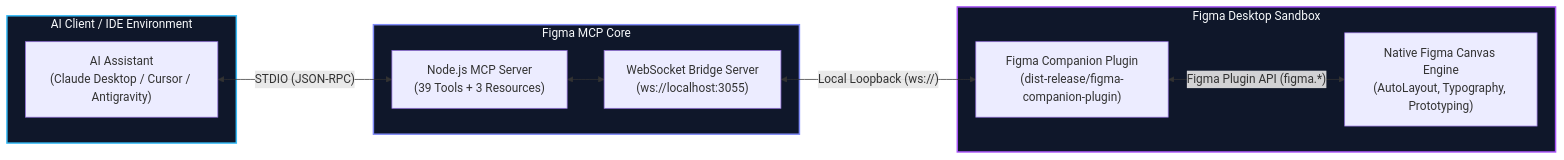
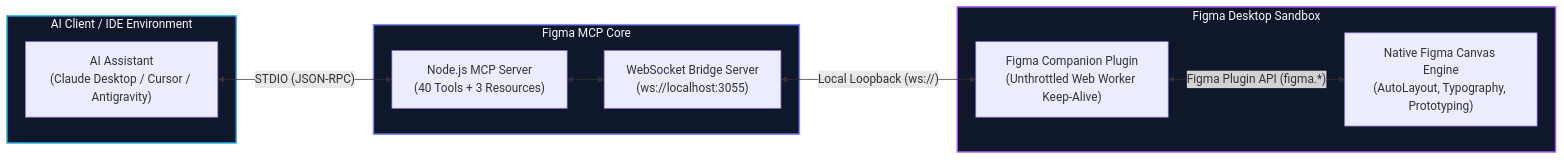
One commit to ChimbuezeDavid/figma-mcp changed the diagram in README.md. Above: the diagram before and after it, drawn with Mermaid. The commit also changed other lines of this file and 8 other files, not shown here.

Commit message:
feat: add niche-adaptive typography engine, keepalive web worker, and granular approval protocol

````diff
--- a/README.md
+++ b/README.md
@@ -33,25 +34,25 @@
 ```mermaid
 flowchart LR
     subgraph AI["AI Client / IDE Environment"]
         Agent["AI Assistant<br/>(Claude Desktop / Cursor / Antigravity)"]
     end
 
     subgraph Server["Figma MCP Core"]
-        MCPServer["Node.js MCP Server<br/>(39 Tools + 3 Resources)"]
+        MCPServer["Node.js MCP Server<br/>(40 Tools + 3 Resources)"]
         Bridge["WebSocket Bridge Server<br/>(ws://localhost:3055)"]
     end
 
     subgraph Desktop["Figma Desktop Sandbox"]
-        Plugin["Figma Companion Plugin<br/>(dist-release/figma-companion-plugin)"]
+        Plugin["Figma Companion Plugin<br/>(Unthrottled Web Worker Keep-Alive)"]
         Canvas["Native Figma Canvas Engine<br/>(AutoLayout, Typography, Prototyping)"]
     end
 
     Agent <--"STDIO (JSON-RPC)"--> MCPServer
     MCPServer <--> Bridge
     Bridge <--"Local Loopback (ws://)"--> Plugin
     Plugin <--"Figma Plugin API (figma.*)"--> Canvas
 
     style AI fill:#0f172a,stroke:#38bdf8,stroke-width:2px,color:#f8fafc
     style Server fill:#0f172a,stroke:#818cf8,stroke-width:2px,color:#f8fafc
     style Desktop fill:#0f172a,stroke:#a855f7,stroke-width:2px,color:#f8fafc
 ```
````
